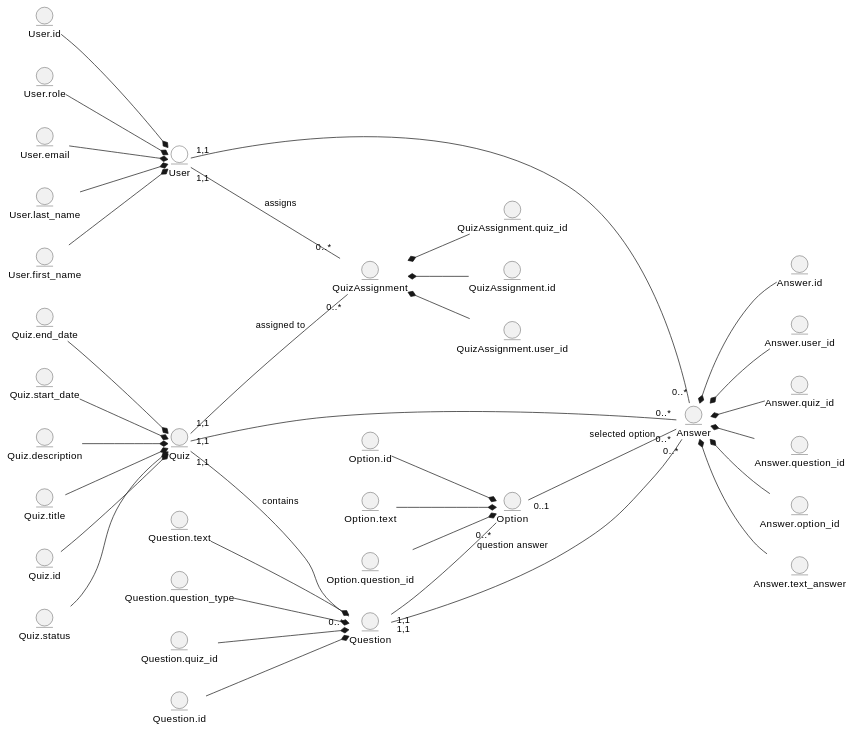
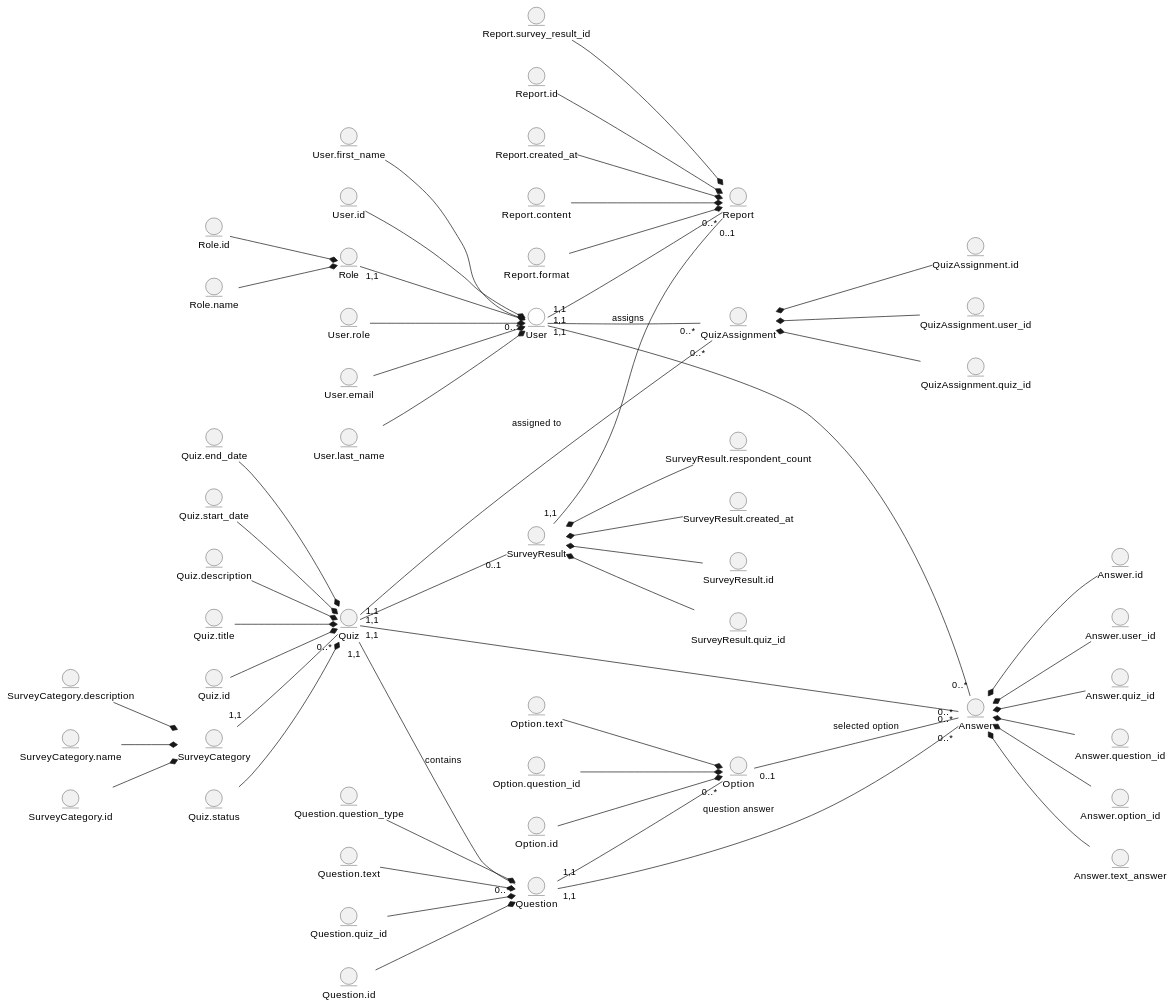
The first of 2 diagrams in docs/design/README.md (elidorbeth/edu_db_labs), drawn with PlantUML before and after one commit.

Commit message:
Додано зміни до моделі бізнес-об'єктів

```diff
--- a/docs/design/README.md
+++ b/docs/design/README.md
@@ -44,6 +44,29 @@
 entity Answer.option_id
 entity Answer.text_answer
 
+entity Role
+entity Role.id
+entity Role.name
+
+entity SurveyCategory
+entity SurveyCategory.id
+entity SurveyCategory.name
+entity SurveyCategory.description
+
+entity SurveyResult
+entity SurveyResult.id
+entity SurveyResult.quiz_id
+entity SurveyResult.respondent_count
+entity SurveyResult.created_at
+
+entity Report
+entity Report.id
+entity Report.survey_result_id
+entity Report.format
+entity Report.content
+entity Report.created_at
+
+
 ' --- Композиція атрибутів до сутностей ---
 left to right direction
 User *-u- User.id
@@ -79,6 +102,24 @@
 Answer *-- Answer.option_id
 Answer *-- Answer.text_answer
 
+Role *-u- Role.id
+Role *-u- Role.name
+
+SurveyCategory *-u- SurveyCategory.id
+SurveyCategory *-u- SurveyCategory.name
+SurveyCategory *-u- SurveyCategory.description
+
+SurveyResult *-- SurveyResult.id
+SurveyResult *-- SurveyResult.quiz_id
+SurveyResult *-- SurveyResult.respondent_count
+SurveyResult *-- SurveyResult.created_at
+
+Report *-u- Report.id
+Report *-u- Report.survey_result_id
+Report *-u- Report.format
+Report *-u- Report.content
+Report *-u- Report.created_at
+
 ' --- Зв'язки між основними сутностями з мультиплікацією ---
 User "1,1" -- "0..*" QuizAssignment : assigns
 Quiz "1,1" -- "0..*" QuizAssignment : assigned to
@@ -91,4 +132,11 @@
 Question "1,1" -- "0..*" Answer : question answer
 Option "0..1" -- "0..*" Answer : selected option
 
+Role "1,1" -- "0..*" User
+
+SurveyCategory "1,1" -- "0..*" Quiz
+Quiz "1,1" -- "0..1" SurveyResult
+SurveyResult "1,1" -- "0..1" Report
+User "1,1" -- "0..*" Report
+
 @enduml
```
